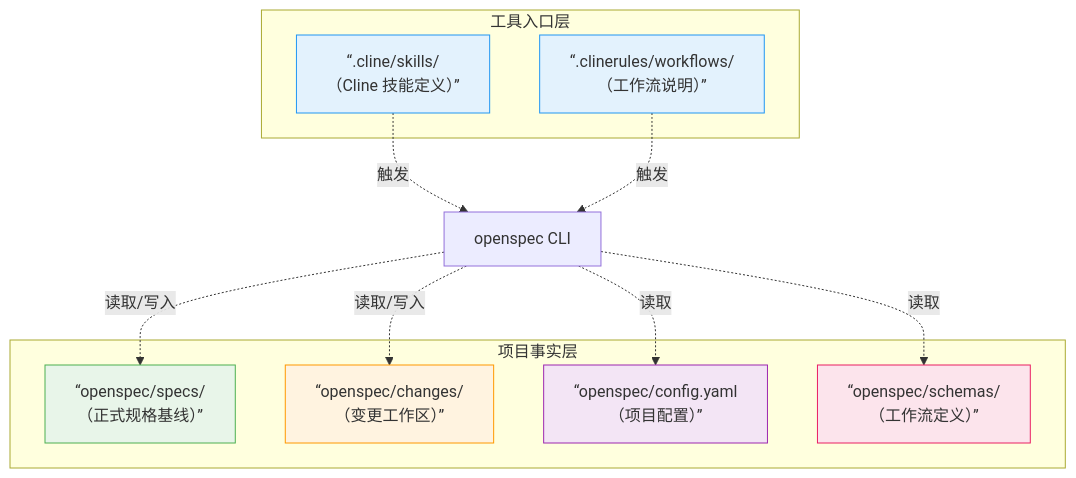
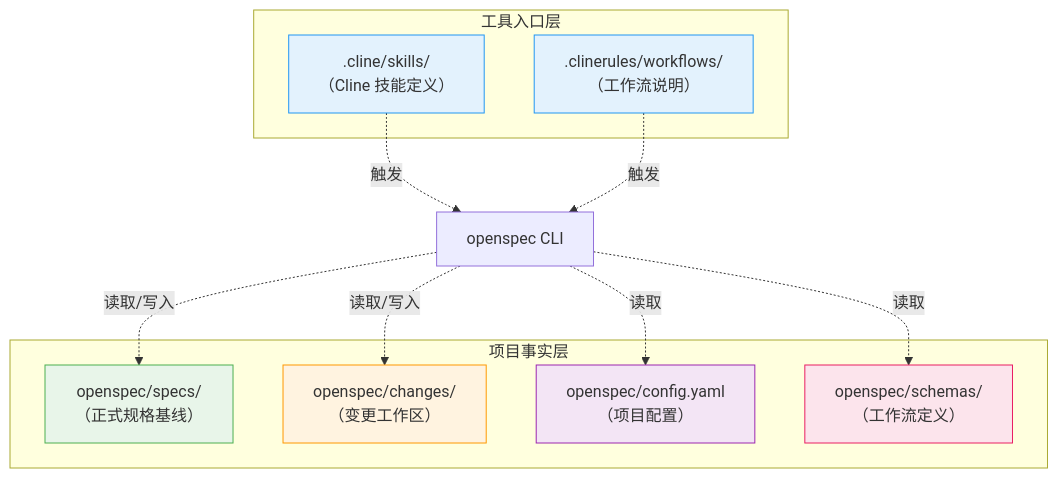
One commit to ethan-jiang-3/OpenSpec changed the first of 2 diagrams in _digested_docs/new/04-高级-cline-里的-openspec-到底怎么落地.md. Above: the diagram before and after it, drawn with Mermaid. The commit also changed other lines of this file and 10 other files, not shown here.

````diff
--- a/_digested_docs/new/04-高级-cline-里的-openspec-到底怎么落地.md
+++ b/_digested_docs/new/04-高级-cline-里的-openspec-到底怎么落地.md
@@ -125,28 +125,28 @@
 ```mermaid
 graph TB
     subgraph 工具入口层
-    A[“.cline/skills/<br/>（Cline 技能定义）”]
-    B[“.clinerules/workflows/<br/>（工作流说明）”]
+    A[".cline/skills/<br/>（Cline 技能定义）"]
+    B[".clinerules/workflows/<br/>（工作流说明）"]
     end
     
     subgraph 项目事实层
-    C[“openspec/specs/<br/>（正式规格基线）”]
-    D[“openspec/changes/<br/>（变更工作区）”]
-    E[“openspec/config.yaml<br/>（项目配置）”]
-    F[“openspec/schemas/<br/>（工作流定义）”]
+    C["openspec/specs/<br/>（正式规格基线）"]
+    D["openspec/changes/<br/>（变更工作区）"]
+    E["openspec/config.yaml<br/>（项目配置）"]
+    F["openspec/schemas/<br/>（工作流定义）"]
     end
     
     A -.触发.-> G[openspec CLI]
     B -.触发.-> G
     G -.读取/写入.-> C
     G -.读取/写入.-> D
     G -.读取.-> E
     G -.读取.-> F
     
     style A fill:#e3f2fd,stroke:#2196f3
     style B fill:#e3f2fd,stroke:#2196f3
     style C fill:#e8f5e9,stroke:#4caf50
     style D fill:#fff3e0,stroke:#ff9800
     style E fill:#f3e5f5,stroke:#9c27b0
     style F fill:#fce4ec,stroke:#e91e63
 ```
````
